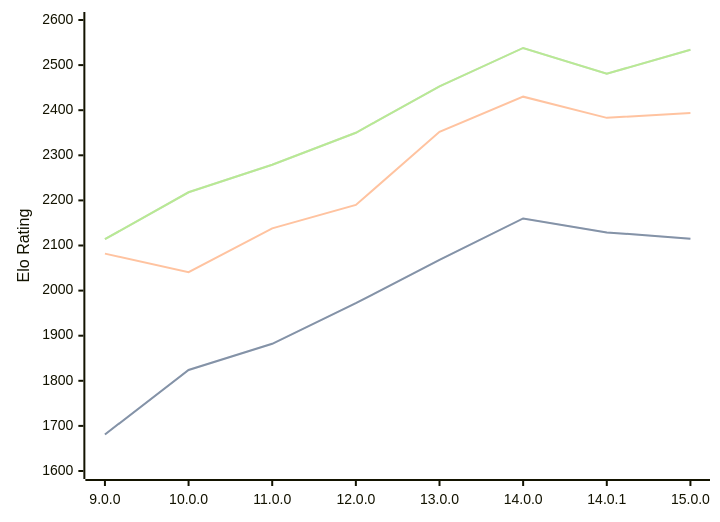
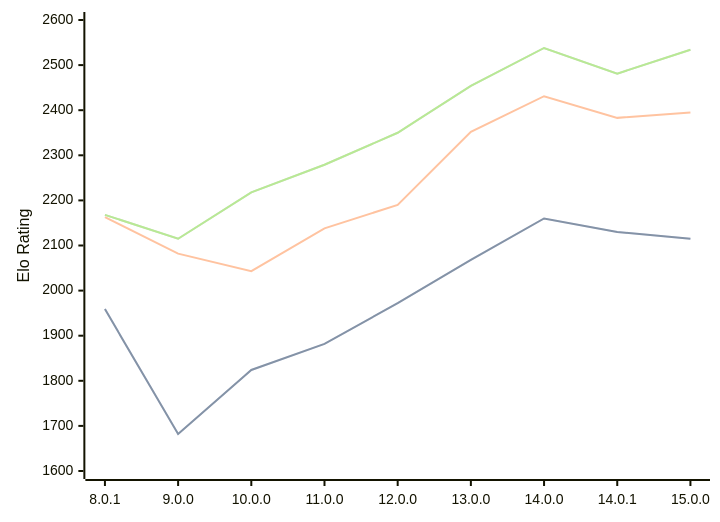
One commit to computer-chess-index/cci changed the diagram in engines/Cepimetheus.md. Above: the diagram before and after it, drawn with Mermaid. The commit also changed other lines of this file, not shown here.

Commit message:
Update CCI Ratings (ELO VLTC) - 2026-08-24

````diff
--- a/engines/Cepimetheus.md
+++ b/engines/Cepimetheus.md
@@ -66,11 +66,11 @@
 ```mermaid
 %%{init: {"theme":"base","themeVariables":{"seriesColors:['#a3a3a3','#222221','#faa371']}}}%%
 xychart-beta
-  x-axis ["9.0.0", "10.0.0", "11.0.0", "12.0.0", "13.0.0", "14.0.0", "14.0.1", "15.0.0"]
+  x-axis ["8.0.1", "9.0.0", "10.0.0", "11.0.0", "12.0.0", "13.0.0", "14.0.0", "14.0.1", "15.0.0"]
   y-axis "Elo Rating" 1600 --> 2600
-  line "STC (8.0+0.08s)" [1681, 1824, 1882, 1972, 2068, 2160, 2129, 2115]
-  line "STC (8.0+0.08s)" [1681, 1824, 1882, 1972, 2068, 2160, 2129, 2115]
-  line "LTC (60.0+0.60s)" [2082, 2041, 2138, 2190, 2352, 2430, 2383, 2394]
-  line "VLTC (2m24s+1.12s)" [2114, 2218, 2279, 2350, 2453, 2538, 2481, 2534]
-  line "VLTC (2m24s+1.12s)" [2114, 2218, 2279, 2350, 2453, 2538, 2481, 2534]
+  line "STC (8.0+0.08s)" [1959, 1682, 1824, 1882, 1972, 2068, 2160, 2130, 2115]
+  line "STC (8.0+0.08s)" [1959, 1682, 1824, 1882, 1972, 2068, 2160, 2130, 2115]
+  line "LTC (60.0+0.60s)" [2163, 2082, 2043, 2138, 2190, 2352, 2431, 2383, 2395]
+  line "VLTC (2m24s+1.12s)" [2168, 2115, 2218, 2279, 2350, 2454, 2538, 2481, 2534]
+  line "VLTC (2m24s+1.12s)" [2168, 2115, 2218, 2279, 2350, 2454, 2538, 2481, 2534]
 ```
````
